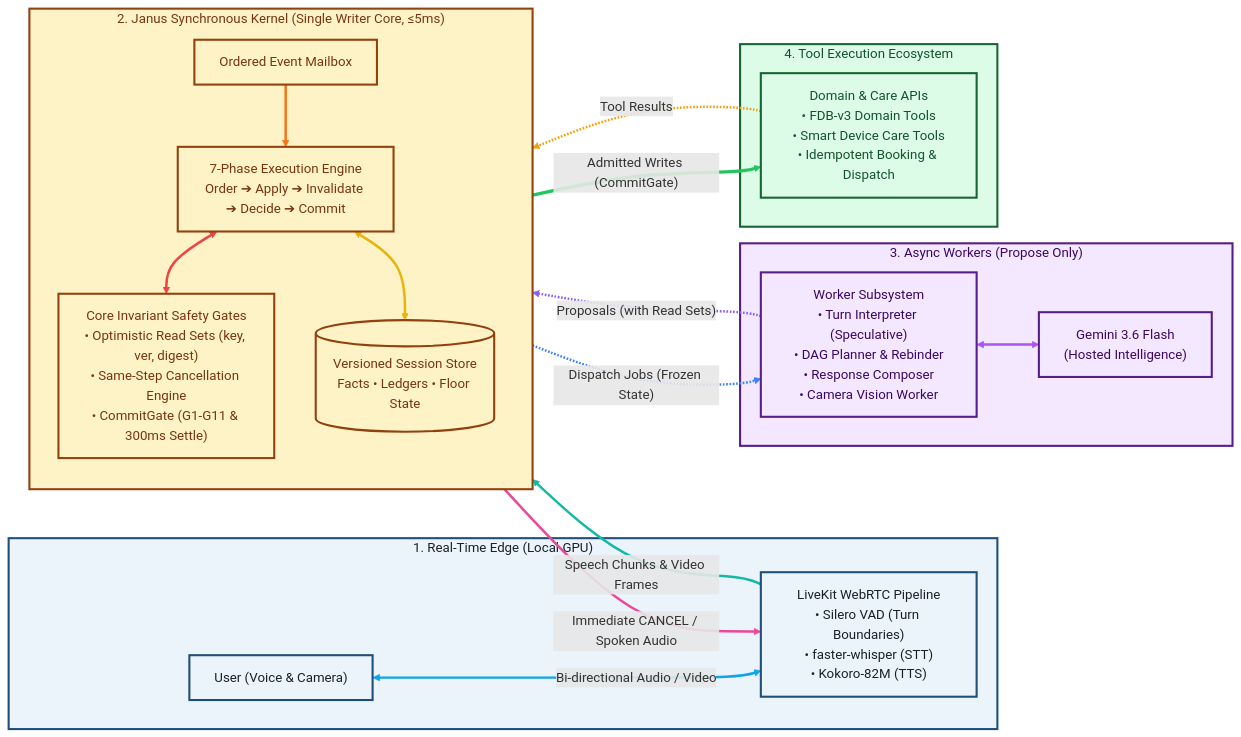
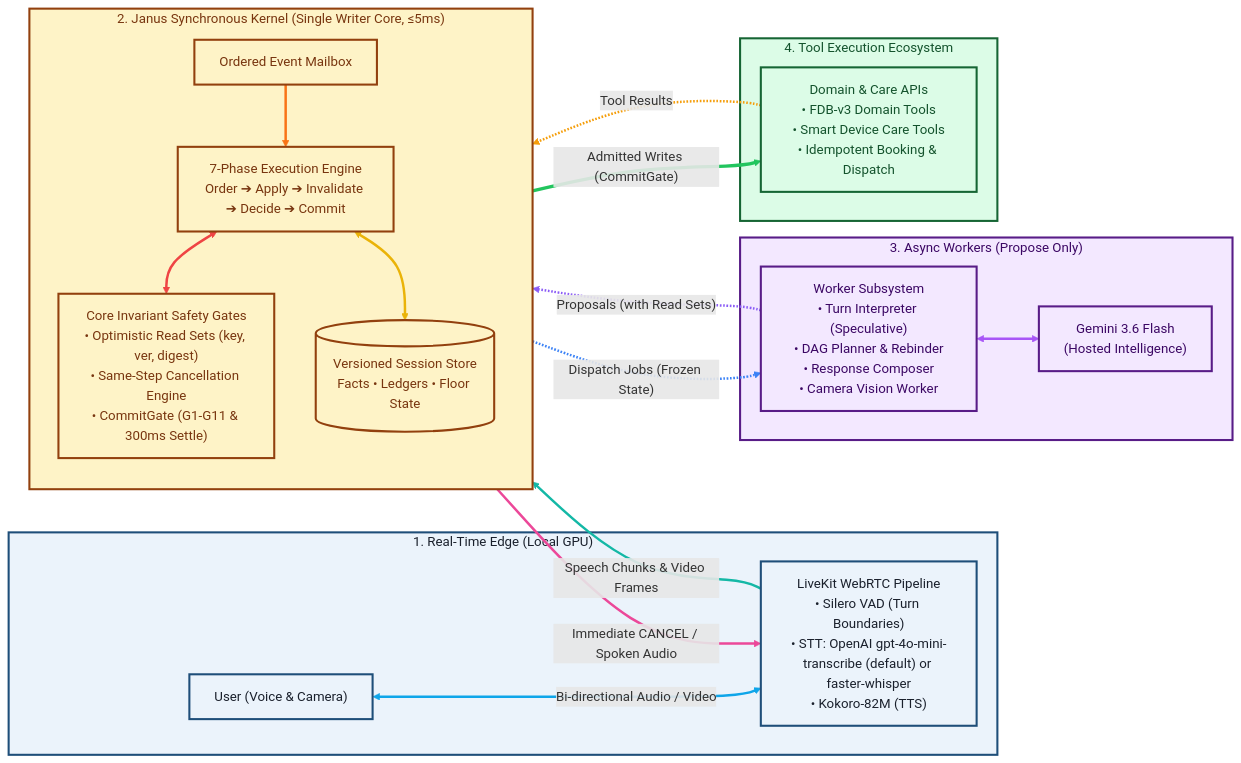
Before and after one commit to AdithyaSanthosh-P/Janus: the diagram in README.md, drawn with Mermaid.

Commit message:
docs(readme): diagram names the default speech-to-text
Claude-Session: https://claude.ai/code/session_01Sg7JwH69La2znXBMLom2e3

````diff
--- a/README.md
+++ b/README.md
@@ -39,81 +39,81 @@
 ```mermaid
 flowchart LR
 %% -------------------------------------------------
 %% STYLING / THEME
 %% -------------------------------------------------
 classDef edgeStyle fill:#EBF3FB,stroke:#1E4E79,stroke-width:2.5px,color:#1A202C;
 classDef kernelStyle fill:#FEF3C7,stroke:#92400E,stroke-width:2.5px,color:#78350F;
 classDef workerStyle fill:#F3E8FF,stroke:#581C87,stroke-width:2.5px,color:#3B0764;
 classDef toolStyle fill:#DCFCE7,stroke:#166534,stroke-width:2.5px,color:#14532D;
 
 %% -------------------------------------------------
 %% 1. REAL-TIME MEDIA EDGE
 %% -------------------------------------------------
 subgraph Edge["1. Real-Time Edge (Local GPU)"]
     User["User (Voice & Camera)"]
-    LiveKit["LiveKit WebRTC Pipeline<br/>• Silero VAD (Turn Boundaries)<br/>• faster-whisper (STT)<br/>• Kokoro-82M (TTS)"]
+    LiveKit["LiveKit WebRTC Pipeline<br/>• Silero VAD (Turn Boundaries)<br/>• STT: OpenAI gpt-4o-mini-transcribe (default) or faster-whisper<br/>• Kokoro-82M (TTS)"]
     User <-->|"Bi-directional Audio / Video"| LiveKit
 end
 class Edge,User,LiveKit edgeStyle;
 
 %% -------------------------------------------------
 %% 2. JANUS SYNCHRONOUS KERNEL
 %% -------------------------------------------------
 subgraph Kernel["2. Janus Synchronous Kernel (Single Writer Core, &le;5ms)"]
     direction TB
     Mailbox["Ordered Event Mailbox"]
     Engine["7-Phase Execution Engine<br/>Order ➔ Apply ➔ Invalidate ➔ Decide ➔ Commit"]
     Safety["Core Invariant Safety Gates<br/>• Optimistic Read Sets (key, ver, digest)<br/>• Same-Step Cancellation Engine<br/>• CommitGate (G1-G11 & 300ms Settle)"]
     Store[("Versioned Session Store<br/>Facts • Ledgers • Floor State")]
 
     Mailbox --> Engine
     Engine <--> Safety
     Engine <--> Store
 end
 class Kernel,Mailbox,Engine,Safety,Store kernelStyle;
 
 %% -------------------------------------------------
 %% 3. ASYNC WORKERS & LLM
 %% -------------------------------------------------
 subgraph Workers["3. Async Workers (Propose Only)"]
     WorkerPool["Worker Subsystem<br/>• Turn Interpreter (Speculative)<br/>• DAG Planner & Rebinder<br/>• Response Composer<br/>• Camera Vision Worker"]
     LLM["Gemini 3.6 Flash<br/>(Hosted Intelligence)"]
     WorkerPool <--> LLM
 end
 class Workers,WorkerPool,LLM workerStyle;
 
 %% -------------------------------------------------
 %% 4. TOOLS & SAMSUNG EXTENSION
 %% -------------------------------------------------
 subgraph Ecosystem["4. Tool Execution Ecosystem"]
     Tools["Domain & Care APIs<br/>• FDB-v3 Domain Tools<br/>• Smart Device Care Tools<br/>• Idempotent Booking & Dispatch"]
 end
 class Ecosystem,Tools toolStyle;
 
 %% -------------------------------------------------
 %% CROSS-LAYER FLOWS
 %% -------------------------------------------------
 LiveKit -->|"Speech Chunks & Video Frames"| Mailbox
 Engine -->|"Immediate CANCEL / Spoken Audio"| LiveKit
 
 Engine -.->|"Dispatch Jobs (Frozen State)"| WorkerPool
 WorkerPool -.->|"Proposals (with Read Sets)"| Mailbox
 
 Engine ==>|"Admitted Writes (CommitGate)"| Tools
 Tools -.->|"Tool Results"| Mailbox
 
 %% -------------------------------------------------
 %% LINE COLORS (bold, visible in light + dark mode)
 %% -------------------------------------------------
 linkStyle 0 stroke:#0EA5E9,stroke-width:3px;
 linkStyle 1 stroke:#F97316,stroke-width:3px;
 linkStyle 2 stroke:#EF4444,stroke-width:3px;
 linkStyle 3 stroke:#EAB308,stroke-width:3px;
 linkStyle 4 stroke:#A855F7,stroke-width:3px;
 linkStyle 5 stroke:#14B8A6,stroke-width:3px;
 linkStyle 6 stroke:#EC4899,stroke-width:3px;
 linkStyle 7 stroke:#3B82F6,stroke-width:3px;
 linkStyle 8 stroke:#8B5CF6,stroke-width:3px;
 linkStyle 9 stroke:#22C55E,stroke-width:4px;
 linkStyle 10 stroke:#F59E0B,stroke-width:3px;
 ```
````
